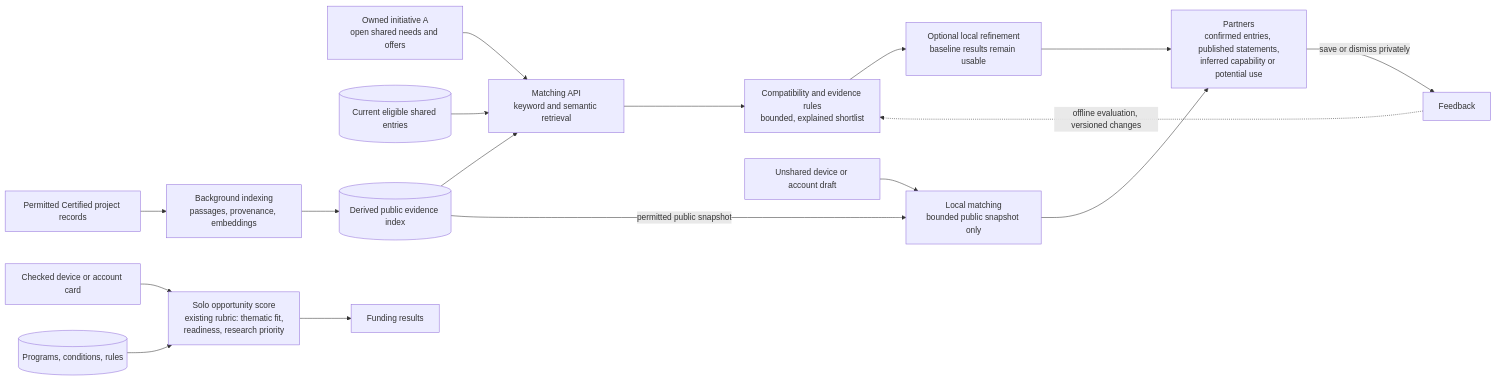
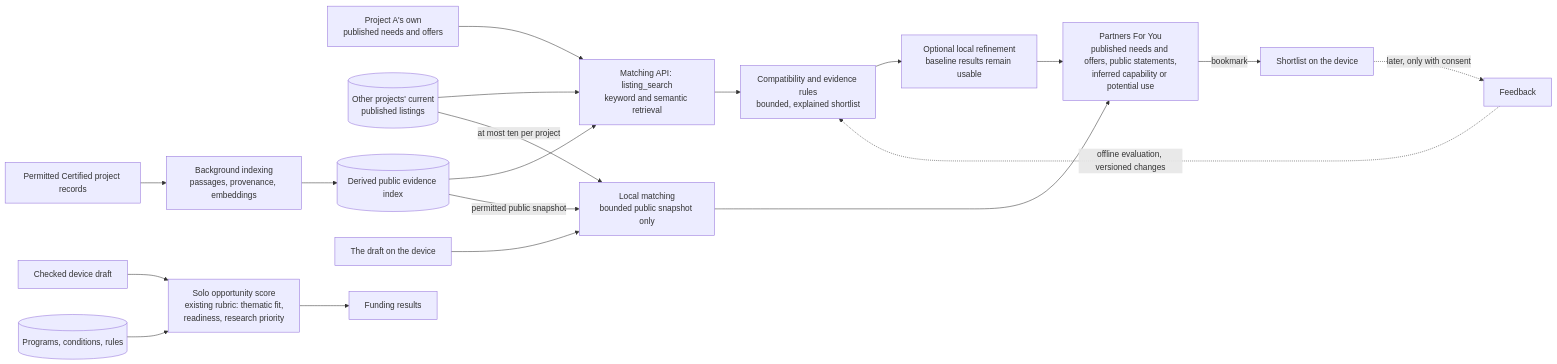
Before and after one commit to regen-commons/weave: the eighth of 10 diagrams in docs/platform/03-logical-architecture.md, drawn with Mermaid. The commit also changed other lines of this file and 6 other files, not shown here.

````diff
--- a/docs/platform/03-logical-architecture.md
+++ b/docs/platform/03-logical-architecture.md
@@ -331,17 +353,20 @@
 ```mermaid
 flowchart LR
-  A[Owned initiative A<br/>open shared needs and offers] --> Retrieve[Matching API<br/>keyword and semantic retrieval]
-  B[(Current eligible shared entries)] --> Retrieve
+  A[Project A's own<br/>published needs and offers] --> Retrieve[Matching API: listing_search<br/>keyword and semantic retrieval]
+  B[(Other projects' current<br/>published listings)] --> Retrieve
   X[Permitted Certified project records] --> Job[Background indexing<br/>passages, provenance, embeddings]
   Job --> E[(Derived public evidence index)] --> Retrieve
   Retrieve --> Rules[Compatibility and evidence rules<br/>bounded, explained shortlist]
   Rules --> Local[Optional local refinement<br/>baseline results remain usable]
-  Local --> Partners[Partners<br/>confirmed entries, published statements,<br/>inferred capability or potential use]
-  Private[Unshared device or account draft] --> PrivateSearch[Local matching<br/>bounded public snapshot only]
-  E -->|permitted public snapshot| PrivateSearch --> Partners
-  D[Checked device or account card] --> SS[Solo opportunity score<br/>existing rubric: thematic fit,<br/>readiness, research priority]
+  Local --> Partners[Partners For You<br/>published needs and offers, public statements,<br/>inferred capability or potential use]
+  Private[The draft on the device] --> PrivateSearch[Local matching<br/>bounded public snapshot only]
+  E -->|permitted public snapshot| PrivateSearch
+  B -->|at most ten per project| PrivateSearch
+  PrivateSearch --> Partners
+  D[Checked device draft] --> SS[Solo opportunity score<br/>existing rubric: thematic fit,<br/>readiness, research priority]
   Pr[(Programs, conditions, rules)] --> SS
   SS --> Funding[Funding results]
-  Partners -->|save or dismiss privately| FB[Feedback]
+  Partners -->|bookmark| SL[Shortlist on the device]
+  SL -.->|later, only with consent| FB[Feedback]
   FB -.->|offline evaluation, versioned changes| Rules
 ```
````
